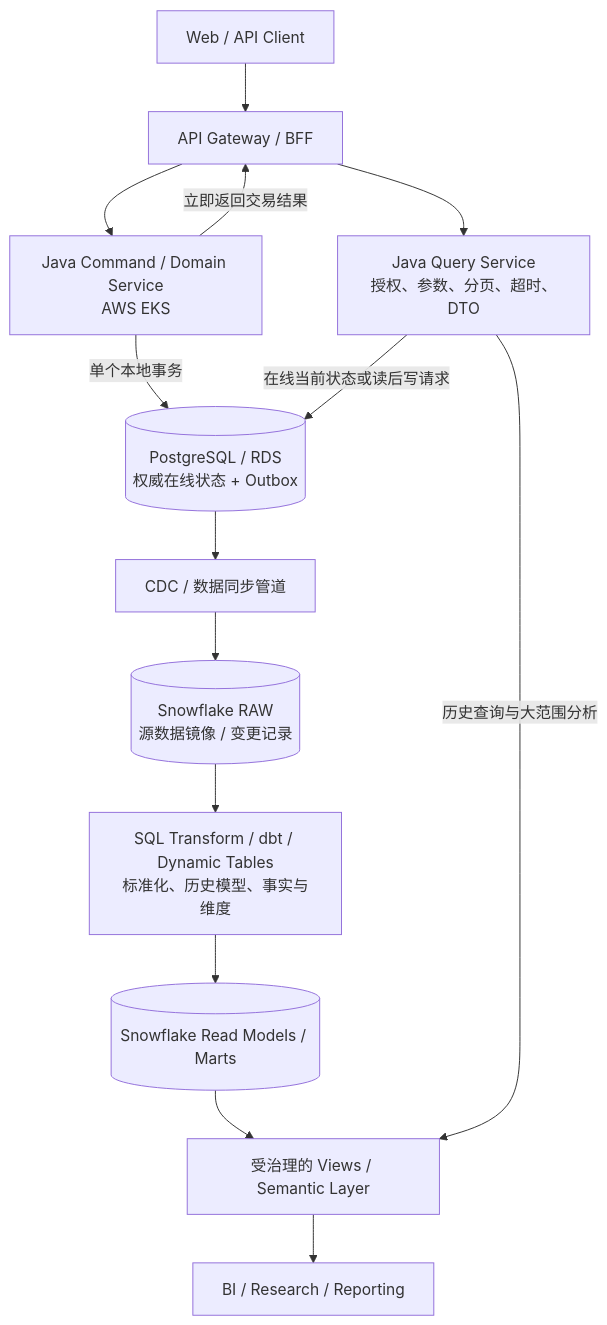
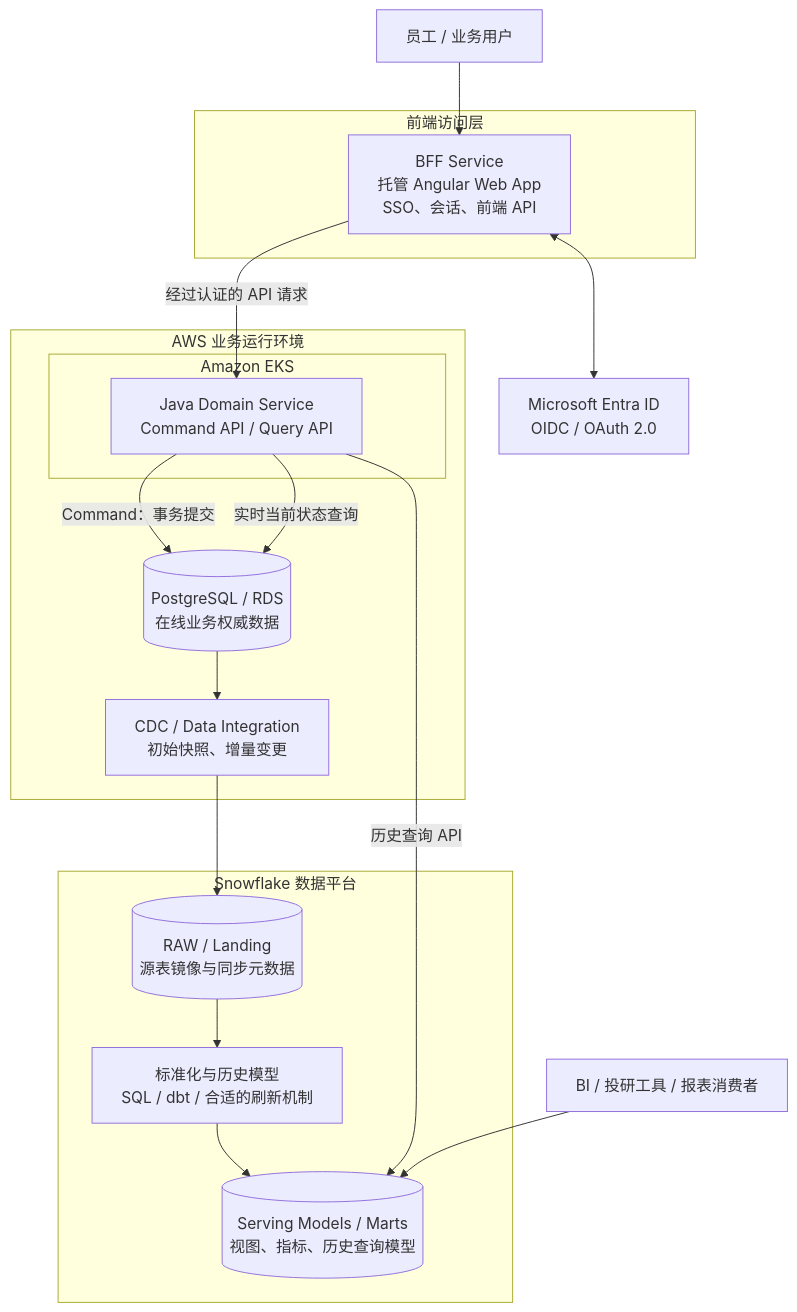
One commit to devweekly/devweekly.github.io changed the first of 10 diagrams in src/content/blog/financial-services-cqrs-postgres-snowflake.md. Above: the diagram before and after it, drawn with Mermaid. The commit also changed other lines of this file, not shown here.

Commit message:
Expand financial services architecture diagrams and edit report for clarity

````diff
--- a/src/content/blog/financial-services-cqrs-postgres-snowflake.md
+++ b/src/content/blog/financial-services-cqrs-postgres-snowflake.md
@@ -41,18 +20,29 @@
 ```mermaid
 flowchart TB
-    U[Web / API Client] --> API[API Gateway / BFF]
-    API --> CMD[Java Command / Domain Service\nAWS EKS]
-    CMD -->|单个本地事务| PG[(PostgreSQL / RDS\n权威在线状态 + Outbox)]
-    CMD -->|立即返回交易结果| API
-
-    PG --> CDC[CDC / 数据同步管道]
-    CDC --> RAW[(Snowflake RAW\n源数据镜像 / 变更记录)]
-    RAW --> MODEL[SQL Transform / dbt / Dynamic Tables\n标准化、历史模型、事实与维度]
-    MODEL --> MART[(Snowflake Read Models / Marts)]
-    MART --> SEM[受治理的 Views / Semantic Layer]
-
-    API --> QRY[Java Query Service\n授权、参数、分页、超时、DTO]
-    QRY -->|在线当前状态或读后写请求| PG
-    QRY -->|历史查询与大范围分析| SEM
-    SEM --> BI[BI / Research / Reporting]
+    User["员工 / 业务用户"]
+    subgraph WebBoundary["前端访问层"]
+        BFF["BFF Service<br/>托管 Angular Web App<br/>SSO、会话、前端 API"]
+    end
+    Entra["Microsoft Entra ID<br/>OIDC / OAuth 2.0"]
+    subgraph AWS["AWS 业务运行环境"]
+        subgraph EKS["Amazon EKS"]
+            DomainAPI["Java Domain Service<br/>Command API / Query API"]
+        end
+        PG[("PostgreSQL / RDS<br/>在线业务权威数据")]
+        CDC["CDC / Data Integration<br/>初始快照、增量变更"]
+    end
+    subgraph SnowflakeAccount["Snowflake 数据平台"]
+        Raw[("RAW / Landing<br/>源表镜像与同步元数据")]
+        Model["标准化与历史模型<br/>SQL / dbt / 合适的刷新机制"]
+        Mart[("Serving Models / Marts<br/>视图、指标、历史查询模型")]
+    end
+    User --> BFF
+    BFF <--> Entra
+    BFF -->|"经过认证的 API 请求"| DomainAPI
+    DomainAPI -->|"Command：事务提交"| PG
+    DomainAPI -->|"实时当前状态查询"| PG
+    PG --> CDC
+    CDC --> Raw --> Model --> Mart
+    DomainAPI -->|"历史查询 API"| Mart
+    BI["BI / 投研工具 / 报表消费者"] --> Mart
 ```
````
